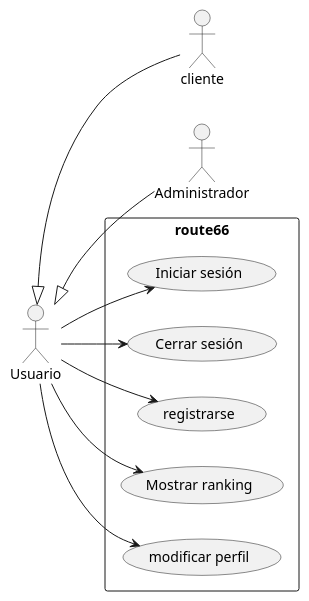
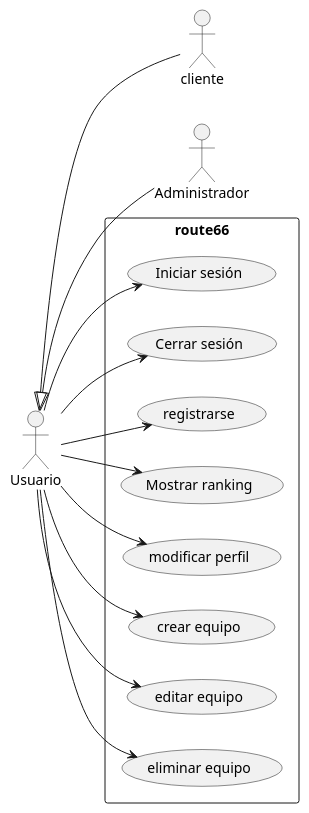
The diagram in usecases1.wsd (Cramer-0xbit/route66-plantuml), drawn with PlantUML before and after one commit. The commit also changed 16 other files, not shown here.

```diff
--- a/usecases1.wsd
+++ b/usecases1.wsd
@@ -2,15 +2,18 @@
-@startuml use cases
+@startuml use cases usuario
 left to right direction
 skinparam packageStyle rectangle
 :Usuario: as user
 :cliente: as client
 :Administrador: as admin
 user<|--client 
 user<|-- admin
 rectangle route66 {
 user --> (Iniciar sesión)
 user --> (Cerrar sesión)
 user --> (registrarse)
 user --> (Mostrar ranking)
 user --> (modificar perfil)
+user --> (crear equipo)
+user --> (editar equipo)
+user --> (eliminar equipo)
 @enduml
```
